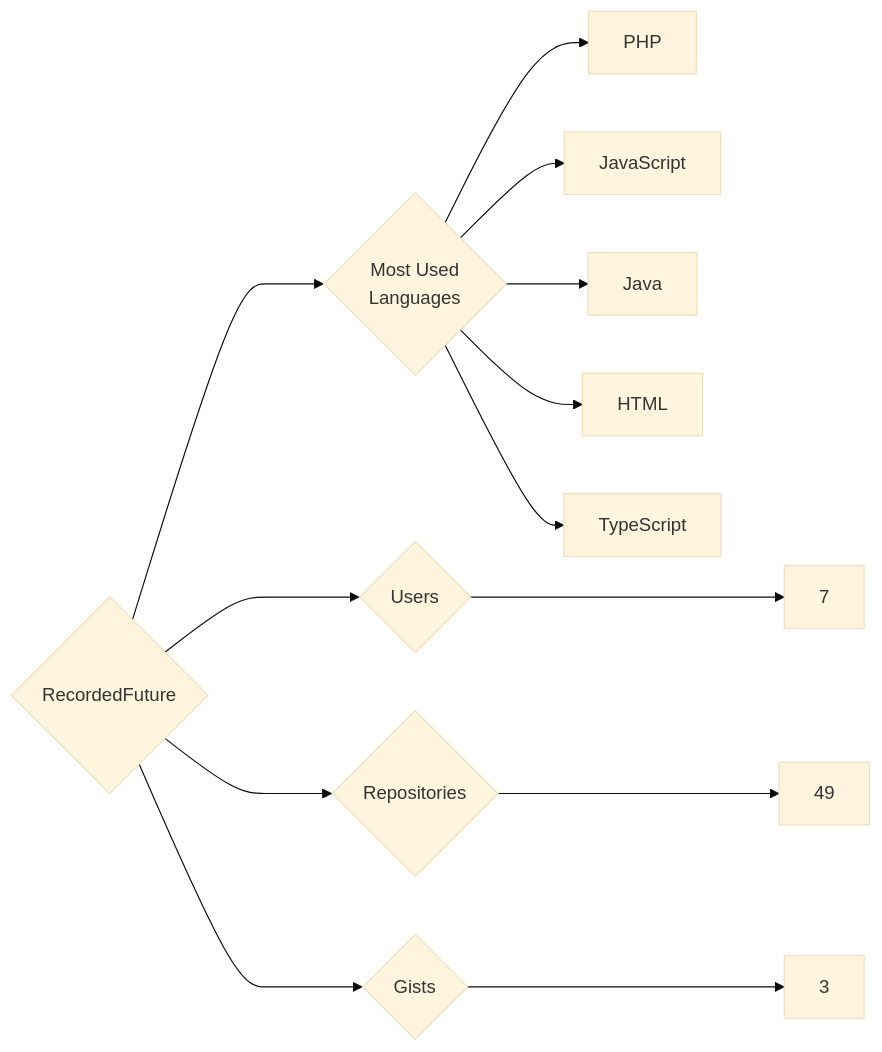
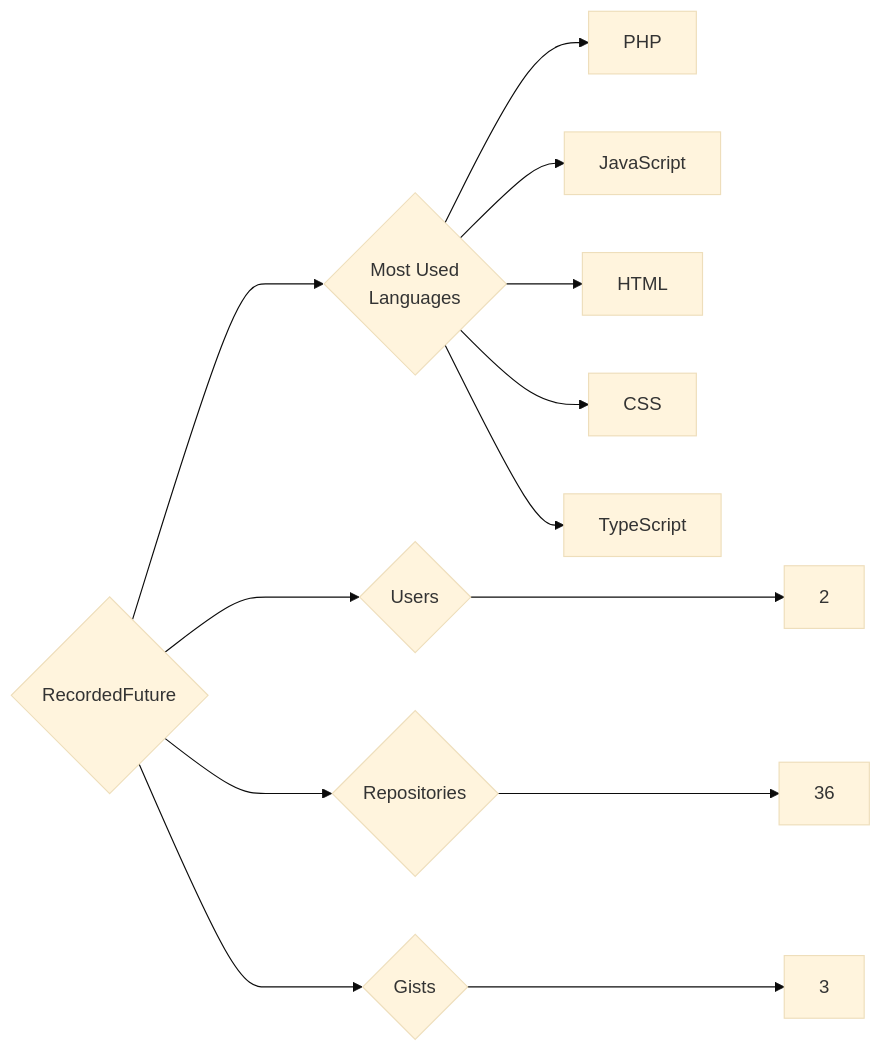
Before and after one commit to trickest/insiders: the diagram in targets/RecordedFuture/README.md, drawn with Mermaid (base theme). The commit also changed 1248 other files, not shown here.

````diff
--- a/targets/RecordedFuture/README.md
+++ b/targets/RecordedFuture/README.md
@@ -3,13 +3,13 @@
 ```mermaid
 graph LR
 COMPANY_NAME{RecordedFuture}
-COMPANY_NAME ---> U{Users} ---> UN[7]
-COMPANY_NAME ---> R{Repositories} ---> RN[49]
+COMPANY_NAME ---> U{Users} ---> UN[2]
+COMPANY_NAME ---> R{Repositories} ---> RN[36]
 COMPANY_NAME ---> G{Gists} ---> GN[3]
 COMPANY_NAME ---> ML{Most Used<br>Languages}
 ML --> PHP[PHP]
 ML --> JavaScript[JavaScript]
-ML --> Java[Java]
 ML --> HTML[HTML]
+ML --> CSS[CSS]
 ML --> TypeScript[TypeScript]
 ```
````
